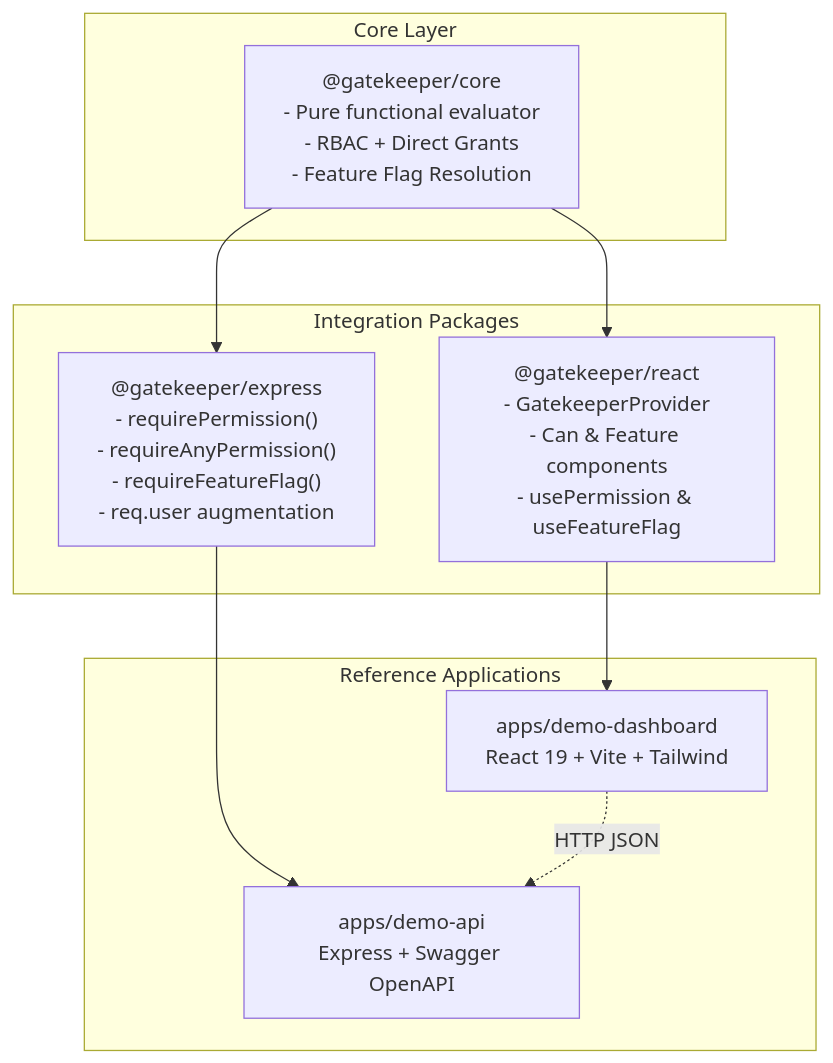
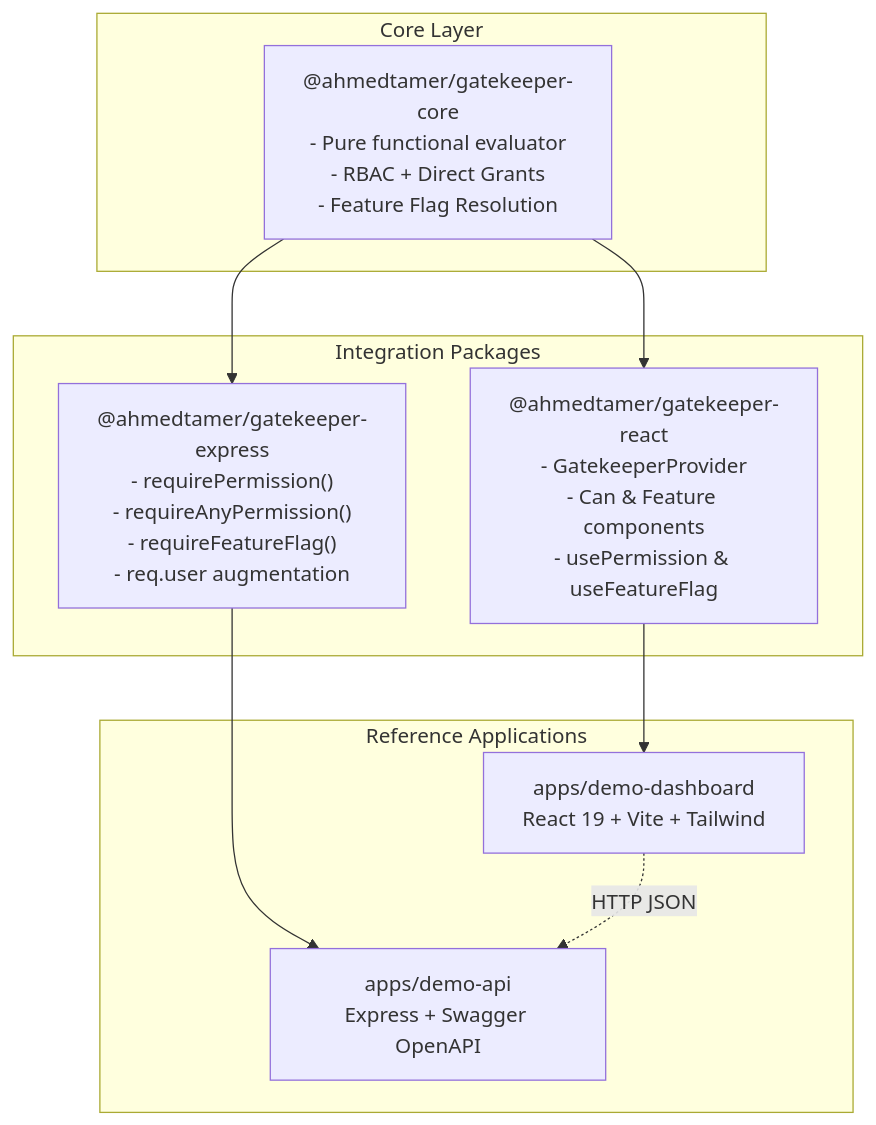
The first of 2 diagrams in gatekeeper/docs/architecture.md (Ahmed1092002/npm-packages), drawn with Mermaid before and after one commit. The commit also changed other lines of this file and 39 other files, not shown here.

````diff
--- a/gatekeeper/docs/architecture.md
+++ b/gatekeeper/docs/architecture.md
@@ -7,22 +7,22 @@
 ```mermaid
 graph TD
     subgraph Core Layer
-        Core["@gatekeeper/core<br/>- Pure functional evaluator<br/>- RBAC + Direct Grants<br/>- Feature Flag Resolution"]
+        Core["@ahmedtamer/gatekeeper-core<br/>- Pure functional evaluator<br/>- RBAC + Direct Grants<br/>- Feature Flag Resolution"]
     end
 
     subgraph Integration Packages
-        ReactPkg["@gatekeeper/react<br/>- GatekeeperProvider<br/>- Can & Feature components<br/>- usePermission & useFeatureFlag"]
-        ExpressPkg["@gatekeeper/express<br/>- requirePermission()<br/>- requireAnyPermission()<br/>- requireFeatureFlag()<br/>- req.user augmentation"]
+        ReactPkg["@ahmedtamer/gatekeeper-react<br/>- GatekeeperProvider<br/>- Can & Feature components<br/>- usePermission & useFeatureFlag"]
+        ExpressPkg["@ahmedtamer/gatekeeper-express<br/>- requirePermission()<br/>- requireAnyPermission()<br/>- requireFeatureFlag()<br/>- req.user augmentation"]
     end
 
     subgraph Reference Applications
         DemoDashboard["apps/demo-dashboard<br/>React 19 + Vite + Tailwind"]
         DemoApi["apps/demo-api<br/>Express + Swagger OpenAPI"]
     end
 
     Core --> ReactPkg
     Core --> ExpressPkg
     ReactPkg --> DemoDashboard
     ExpressPkg --> DemoApi
     DemoDashboard -. "HTTP JSON" .-> DemoApi
 ```
````
